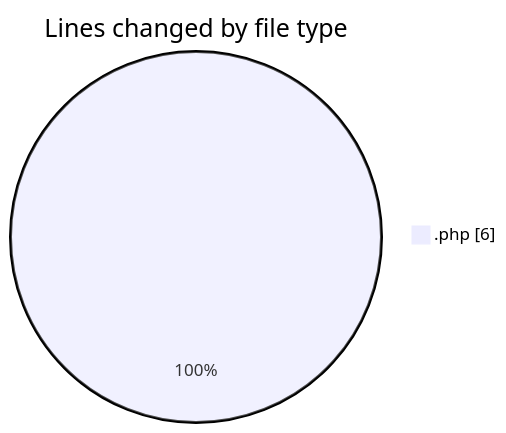
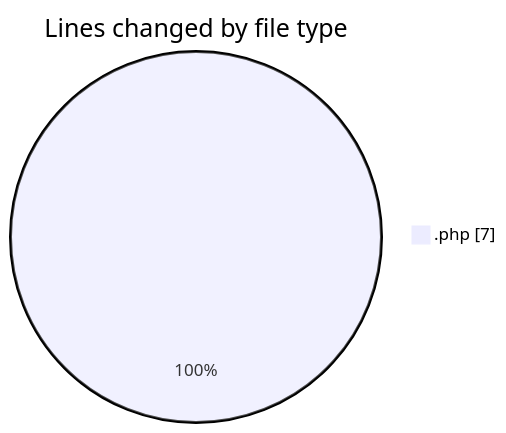
One commit to LanceThiago/code-tracking changed the first of 2 diagrams in 2025-09-17/totem2/README.md. Above: the diagram before and after it, drawn with Mermaid. The commit also changed other lines of this file and 1 other file, not shown here.

````diff
--- a/2025-09-17/totem2/README.md
+++ b/2025-09-17/totem2/README.md
@@ -20,5 +21,5 @@
 ```mermaid
 pie showData
 title Lines changed by file type
-".php" : 6
+".php" : 7
 ```
````
